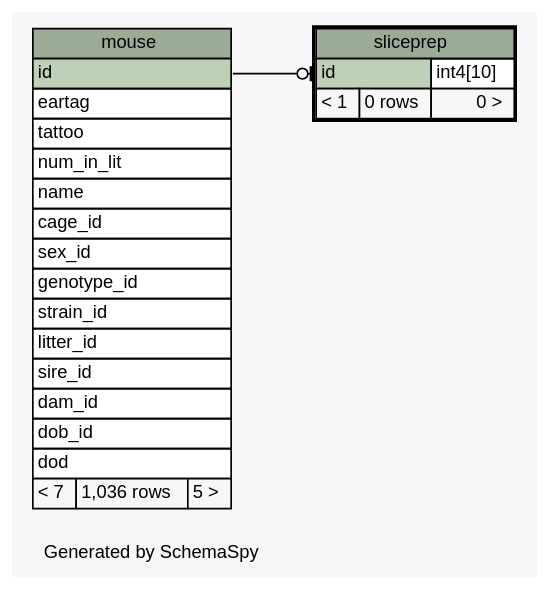
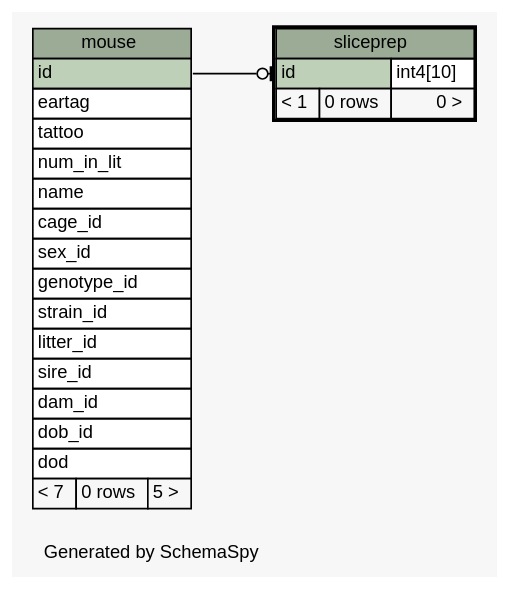
Before and after one commit to tgbugs/mlab: the diagram in database/ss/diagrams/sliceprep.1degree.dot, drawn with Graphviz. The commit also changed 227 other files, not shown here.

```diff
--- a/database/ss/diagrams/sliceprep.1degree.dot
+++ b/database/ss/diagrams/sliceprep.1degree.dot
@@ -1,56 +1,56 @@
 // dot 2.32.0 on Windows 7 6.1
 // SchemaSpy rev 590
 digraph "oneDegreeRelationshipsDiagram" {
   graph [
     rankdir="RL"
     bgcolor="#f7f7f7"
     label="\nGenerated by SchemaSpy"
     labeljust="l"
     nodesep="0.18"
     ranksep="0.46"
     fontname="Helvetica"
     fontsize="11"
   ];
   node [
     fontname="Helvetica"
     fontsize="11"
     shape="plaintext"
   ];
   edge [
     arrowsize="0.8"
   ];
   "sliceprep":"id":w -> "mouse":"id":e [arrowhead=none dir=back arrowtail=teeodot];
   "mouse" [
     label=<
     <TABLE BORDER="0" CELLBORDER="1" CELLSPACING="0" BGCOLOR="#ffffff">
       <TR><TD COLSPAN="3" BGCOLOR="#9bab96" ALIGN="CENTER">mouse</TD></TR>
       <TR><TD PORT="id" COLSPAN="3" BGCOLOR="#bed1b8" ALIGN="LEFT">id</TD></TR>
       <TR><TD PORT="eartag" COLSPAN="3" ALIGN="LEFT">eartag</TD></TR>
       <TR><TD PORT="tattoo" COLSPAN="3" ALIGN="LEFT">tattoo</TD></TR>
       <TR><TD PORT="num_in_lit" COLSPAN="3" ALIGN="LEFT">num_in_lit</TD></TR>
       <TR><TD PORT="name" COLSPAN="3" ALIGN="LEFT">name</TD></TR>
       <TR><TD PORT="cage_id" COLSPAN="3" ALIGN="LEFT">cage_id</TD></TR>
       <TR><TD PORT="sex_id" COLSPAN="3" ALIGN="LEFT">sex_id</TD></TR>
       <TR><TD PORT="genotype_id" COLSPAN="3" ALIGN="LEFT">genotype_id</TD></TR>
       <TR><TD PORT="strain_id" COLSPAN="3" ALIGN="LEFT">strain_id</TD></TR>
       <TR><TD PORT="litter_id" COLSPAN="3" ALIGN="LEFT">litter_id</TD></TR>
       <TR><TD PORT="sire_id" COLSPAN="3" ALIGN="LEFT">sire_id</TD></TR>
       <TR><TD PORT="dam_id" COLSPAN="3" ALIGN="LEFT">dam_id</TD></TR>
       <TR><TD PORT="dob_id" COLSPAN="3" ALIGN="LEFT">dob_id</TD></TR>
       <TR><TD PORT="dod" COLSPAN="3" ALIGN="LEFT">dod</TD></TR>
-      <TR><TD ALIGN="LEFT" BGCOLOR="#f7f7f7">&lt; 7</TD><TD ALIGN="RIGHT" BGCOLOR="#f7f7f7">1,036 rows</TD><TD ALIGN="RIGHT" BGCOLOR="#f7f7f7">5 &gt;</TD></TR>
+      <TR><TD ALIGN="LEFT" BGCOLOR="#f7f7f7">&lt; 7</TD><TD ALIGN="RIGHT" BGCOLOR="#f7f7f7">0 rows</TD><TD ALIGN="RIGHT" BGCOLOR="#f7f7f7">5 &gt;</TD></TR>
     </TABLE>>
     URL="mouse.html"
     tooltip="mouse"
   ];
   "sliceprep" [
     label=<
     <TABLE BORDER="2" CELLBORDER="1" CELLSPACING="0" BGCOLOR="#ffffff">
       <TR><TD COLSPAN="3" BGCOLOR="#9bab96" ALIGN="CENTER">sliceprep</TD></TR>
       <TR><TD PORT="id" COLSPAN="2" BGCOLOR="#bed1b8" ALIGN="LEFT">id</TD><TD PORT="id.type" ALIGN="LEFT">int4[10]</TD></TR>
       <TR><TD ALIGN="LEFT" BGCOLOR="#f7f7f7">&lt; 1</TD><TD ALIGN="RIGHT" BGCOLOR="#f7f7f7">0 rows</TD><TD ALIGN="RIGHT" BGCOLOR="#f7f7f7">0 &gt;</TD></TR>
     </TABLE>>
     URL="sliceprep.html"
     tooltip="sliceprep"
   ];
 }
```
